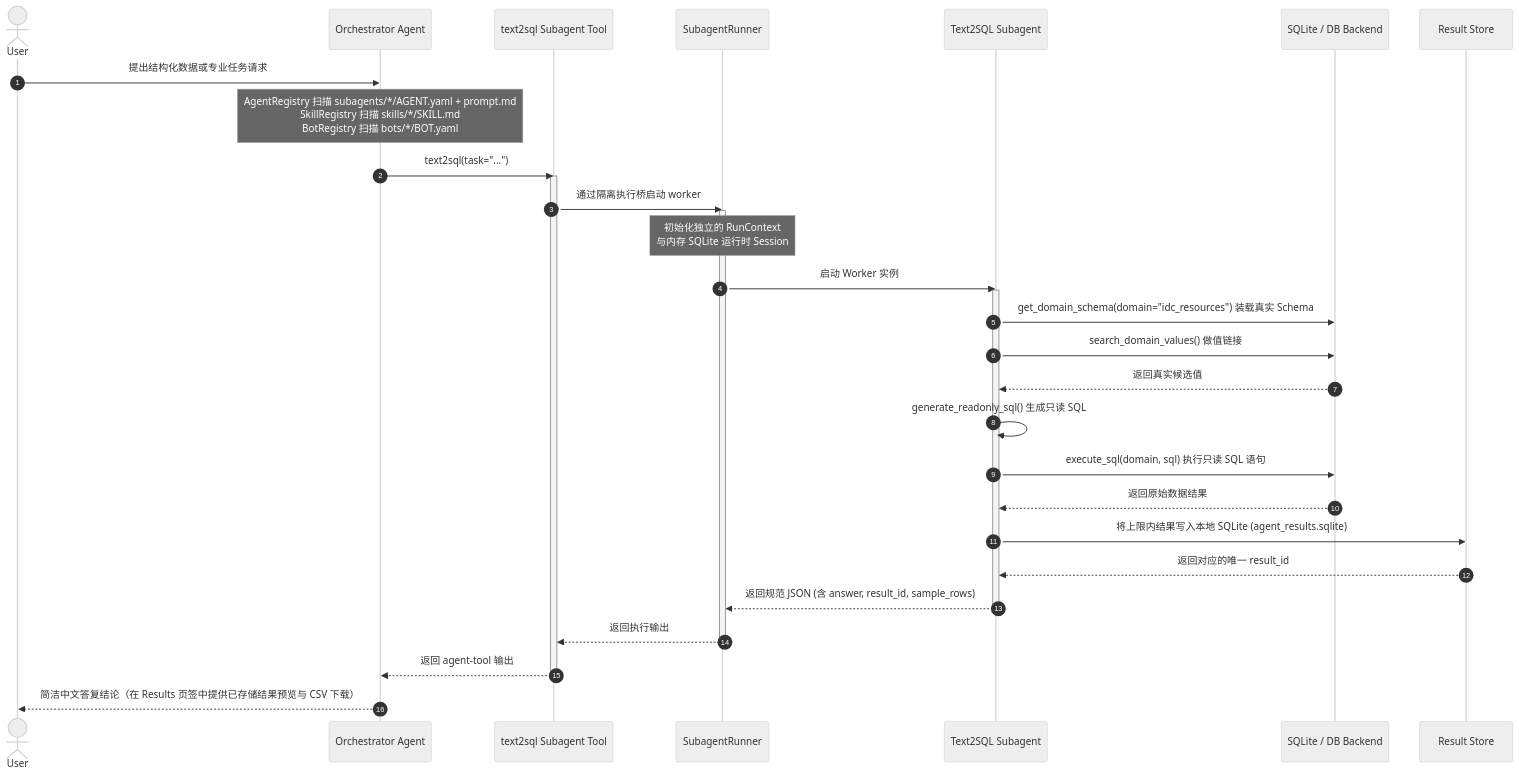
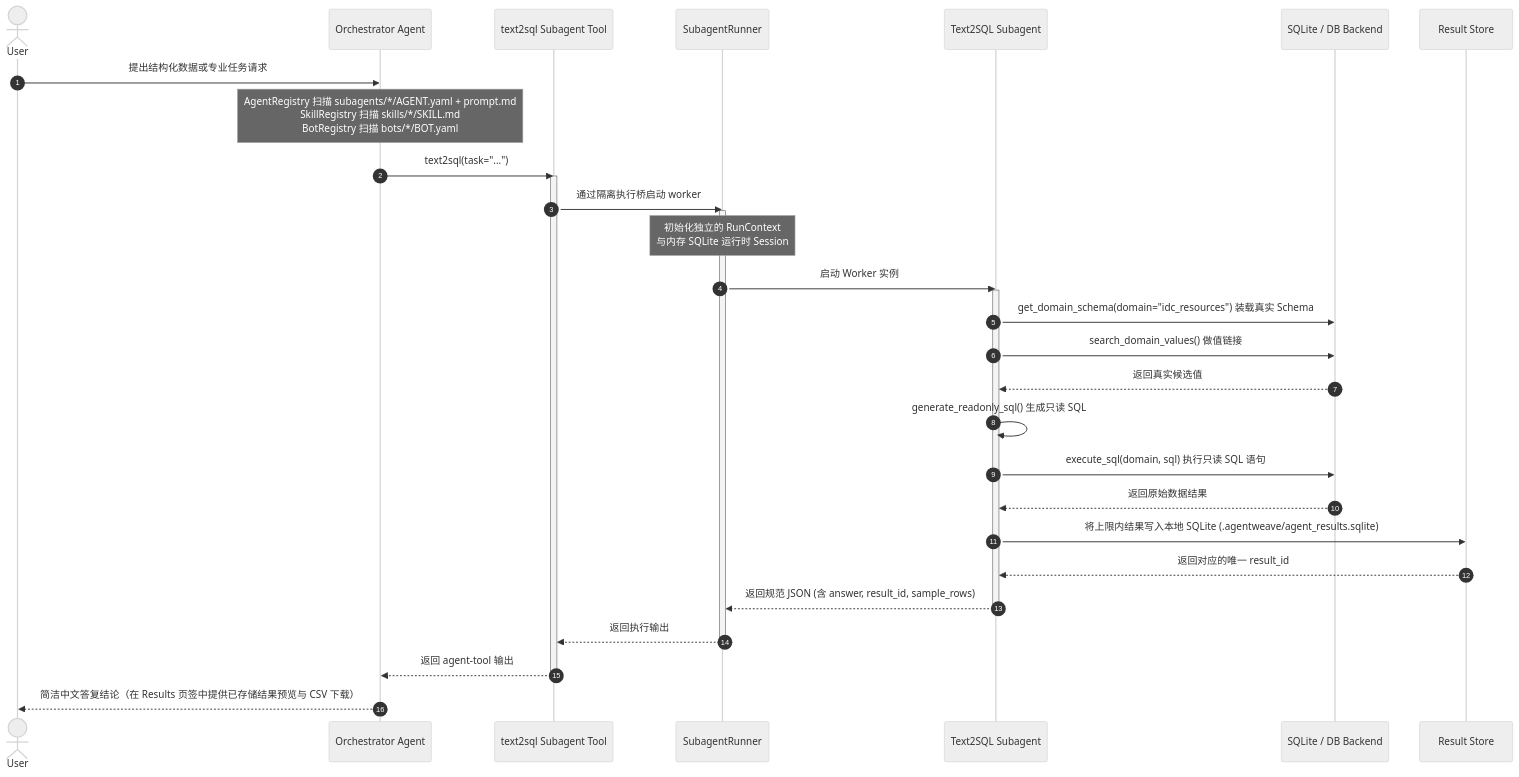
One commit to chick26/agentweave changed the diagram in README.zh-CN.md. Above: the diagram before and after it, drawn with Mermaid (neutral theme). The commit also changed other lines of this file and 62 other files, not shown here.

````diff
--- a/README.zh-CN.md
+++ b/README.zh-CN.md
@@ -9,37 +9,37 @@
 ```mermaid
 sequenceDiagram
     autonumber
     actor User
     participant Orchestrator as Orchestrator Agent
     participant AgentTool as text2sql Subagent Tool
     participant Runner as SubagentRunner
     participant Worker as Text2SQL Subagent
     participant DB as SQLite / DB Backend
     participant Store as Result Store
 
     User->>Orchestrator: 提出结构化数据或专业任务请求
     Note over Orchestrator: AgentRegistry 扫描 subagents/*/AGENT.yaml + prompt.md<br/>SkillRegistry 扫描 skills/*/SKILL.md<br/>BotRegistry 扫描 bots/*/BOT.yaml
     Orchestrator->>AgentTool: text2sql(task="...")
     activate AgentTool
     AgentTool->>Runner: 通过隔离执行桥启动 worker
     activate Runner
     Note over Runner: 初始化独立的 RunContext<br/>与内存 SQLite 运行时 Session
     Runner->>Worker: 启动 Worker 实例
     activate Worker
 
     Worker->>DB: get_domain_schema(domain="idc_resources") 装载真实 Schema
     Worker->>DB: search_domain_values() 做值链接
     DB-->>Worker: 返回真实候选值
     Worker->>Worker: generate_readonly_sql() 生成只读 SQL
     Worker->>DB: execute_sql(domain, sql) 执行只读 SQL 语句
     DB-->>Worker: 返回原始数据结果
-    Worker->>Store: 将上限内结果写入本地 SQLite (agent_results.sqlite)
+    Worker->>Store: 将上限内结果写入本地 SQLite (.agentweave/agent_results.sqlite)
     Store-->>Worker: 返回对应的唯一 result_id
     Worker-->>Runner: 返回规范 JSON (含 answer, result_id, sample_rows)
     deactivate Worker
     Runner-->>AgentTool: 返回执行输出
     deactivate Runner
     AgentTool-->>Orchestrator: 返回 agent-tool 输出
     deactivate AgentTool
     Orchestrator-->>User: 简洁中文答复结论（在 Results 页签中提供已存储结果预览与 CSV 下载）
 ```
````
